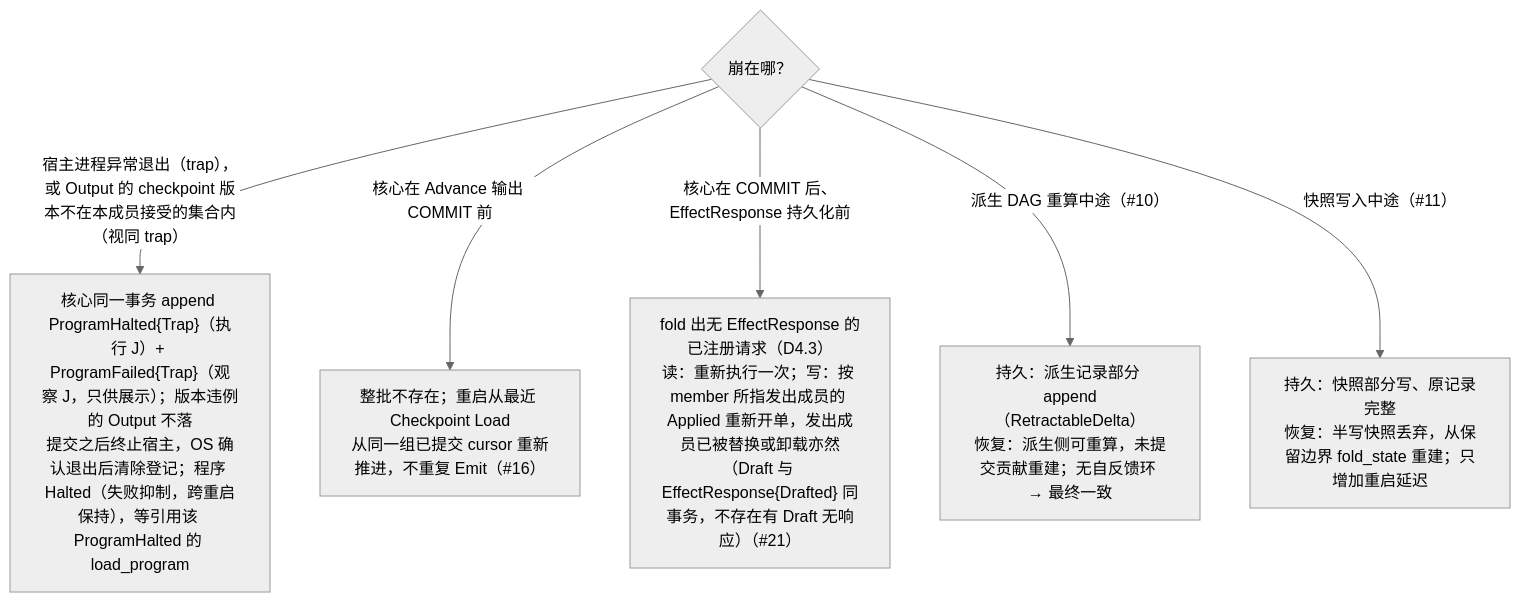
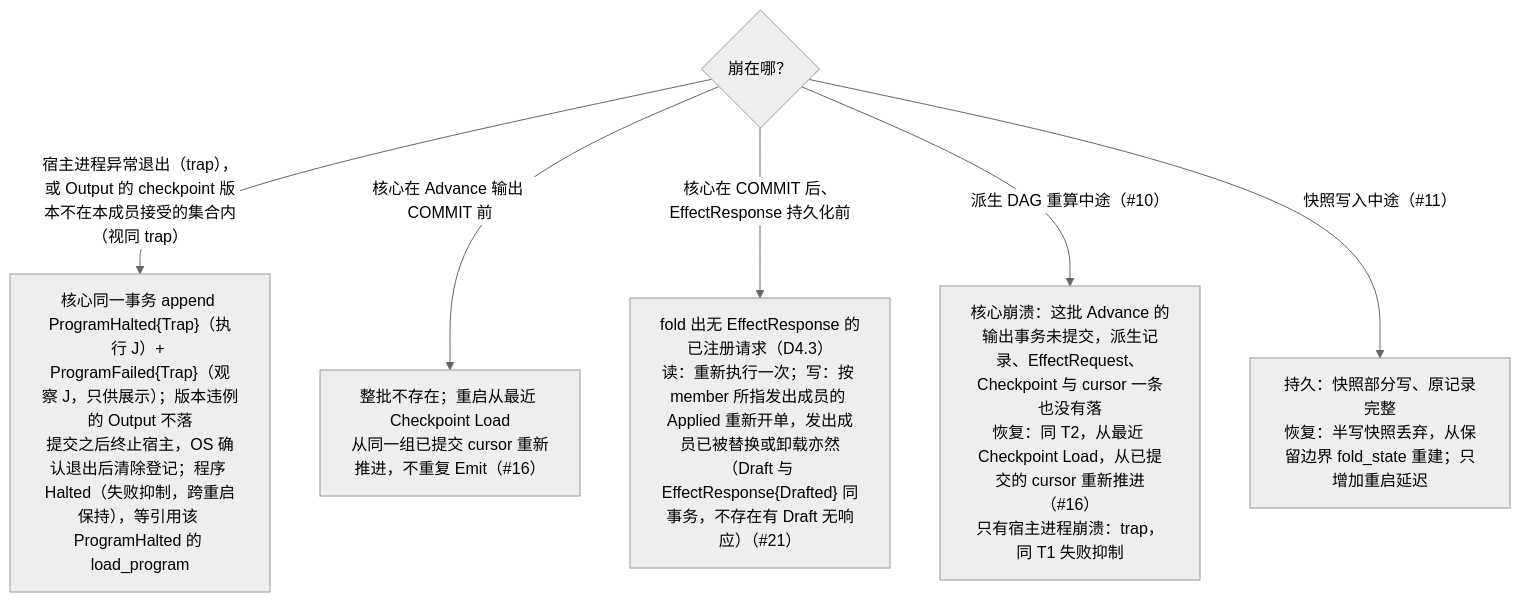
Before and after one commit to mouriya-s-lab/uta: the fourth of 4 diagrams in design/diagrams/07-crash-recovery.md, drawn with Mermaid (neutral theme). The commit also changed other lines of this file and 15 other files, not shown here.

````diff
--- a/design/diagrams/07-crash-recovery.md
+++ b/design/diagrams/07-crash-recovery.md
@@ -109,9 +109,9 @@
 ```mermaid
 flowchart TB
   Q{"崩在哪？"}
   Q -->|"宿主进程异常退出（trap），或 Output 的 checkpoint 版本不在本成员接受的集合内（视同 trap）"| T1["核心同一事务 append ProgramHalted{Trap}（执行 J）+ ProgramFailed{Trap}（观察 J，只供展示）；版本违例的 Output 不落<br/>提交之后终止宿主，OS 确认退出后清除登记；程序 Halted（失败抑制，跨重启保持），等引用该 ProgramHalted 的 load_program"]
   Q -->|"核心在 Advance 输出 COMMIT 前"| T2["整批不存在；重启从最近 Checkpoint Load<br/>从同一组已提交 cursor 重新推进，不重复 Emit（#16）"]
   Q -->|"核心在 COMMIT 后、EffectResponse 持久化前"| T3["fold 出无 EffectResponse 的已注册请求（D4.3）<br/>读：重新执行一次；写：按 member 所指发出成员的 Applied 重新开单，发出成员已被替换或卸载亦然（Draft 与 EffectResponse{Drafted} 同事务，不存在有 Draft 无响应）（#21）"]
-  Q -->|"派生 DAG 重算中途（#10）"| T5["持久：派生记录部分 append（RetractableDelta）<br/>恢复：派生侧可重算，未提交贡献重建；无自反馈环 → 最终一致"]
+  Q -->|"派生 DAG 重算中途（#10）"| T5["核心崩溃：这批 Advance 的输出事务未提交，派生记录、EffectRequest、Checkpoint 与 cursor 一条也没有落<br/>恢复：同 T2，从最近 Checkpoint Load，从已提交的 cursor 重新推进（#16）<br/>只有宿主进程崩溃：trap，同 T1 失败抑制"]
   Q -->|"快照写入中途（#11）"| T6["持久：快照部分写、原记录完整<br/>恢复：半写快照丢弃，从保留边界 fold_state 重建；只增加重启延迟"]
 ```
````
